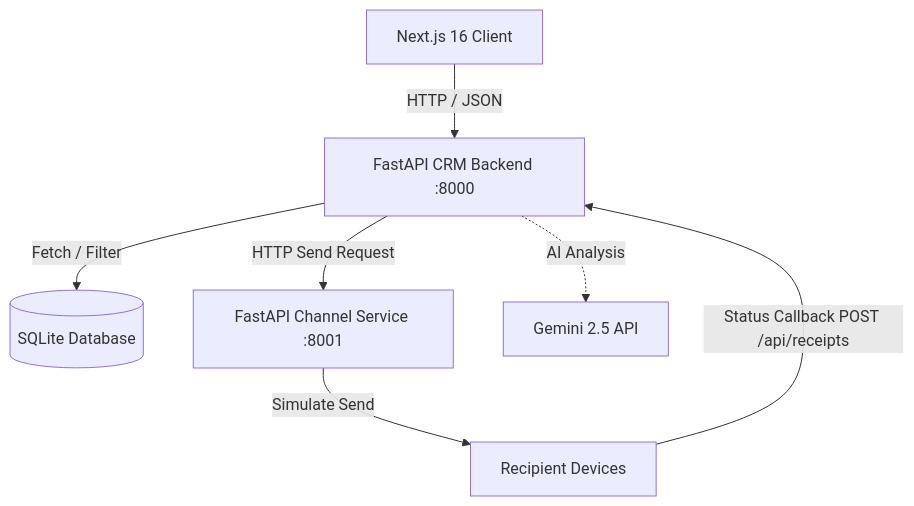
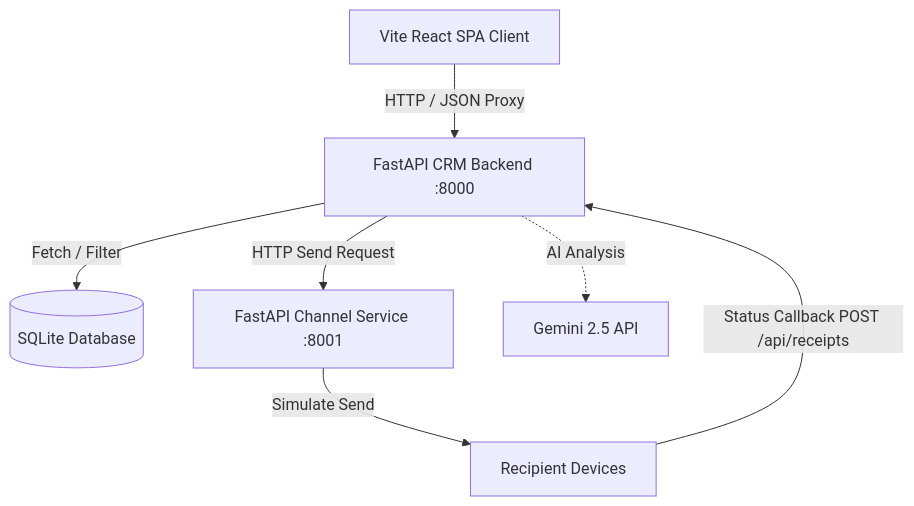
The diagram in README.md (Rajan3103/Xeno-Assisgenement), drawn with Mermaid before and after one commit. The commit also changed other lines of this file and 66 other files, not shown here.

Commit message:
Migrate frontend to Vite React SPA, connect backend API, map database queries, and implement simulation loop

````diff
--- a/README.md
+++ b/README.md
@@ -39,9 +39,9 @@
 ```mermaid
 graph TD
-    A[Next.js 16 Client] -->|HTTP / JSON| B[FastAPI CRM Backend :8000]
+    A[Vite React SPA Client] -->|HTTP / JSON Proxy| B[FastAPI CRM Backend :8000]
     B -->|Fetch / Filter| C[(SQLite Database)]
     B -->|HTTP Send Request| D[FastAPI Channel Service :8001]
     D -->|Simulate Send| E[Recipient Devices]
     E -->|Status Callback POST /api/receipts| B
     B -.->|AI Analysis| F[Gemini 2.5 API]
 ```
````
